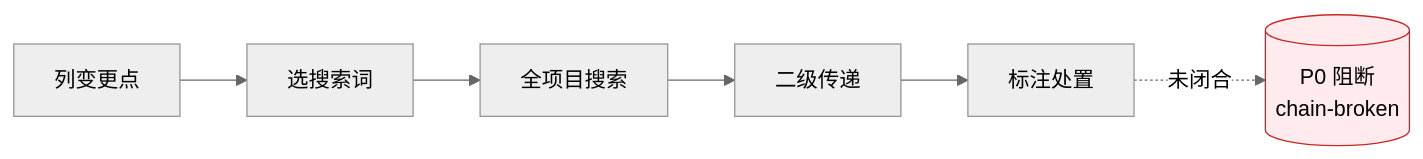
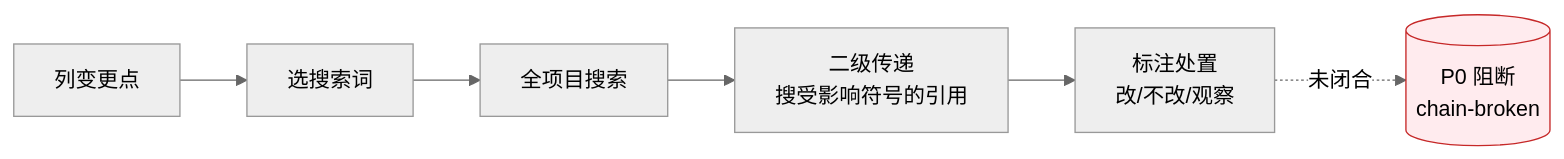
The fourth of 5 diagrams in agents/AGENT.md (effiy/YrY), drawn with Mermaid (neutral theme) before and after one commit. The commit also changed other lines of this file and 18 other files, not shown here.

````diff
--- a/agents/AGENT.md
+++ b/agents/AGENT.md
@@ -48,6 +116,10 @@
 ```mermaid
 flowchart LR
-    A[列变更点] --> B[选搜索词] --> C[全项目搜索] --> D[二级传递] --> E[标注处置]
-    E -.未闭合.-> F[(P0 阻断<br/>chain-broken)]:::block
+    A["列变更点"] --> B["选搜索词"]
+    B --> C["全项目搜索"]
+    C --> D["二级传递<br/>搜受影响符号的引用"]
+    D --> E["标注处置<br/>改/不改/观察"]
+    E -.未闭合.-> F[("P0 阻断<br/>chain-broken")]:::block
+
     classDef block fill:#ffebee,stroke:#c62828;
 ```
````
